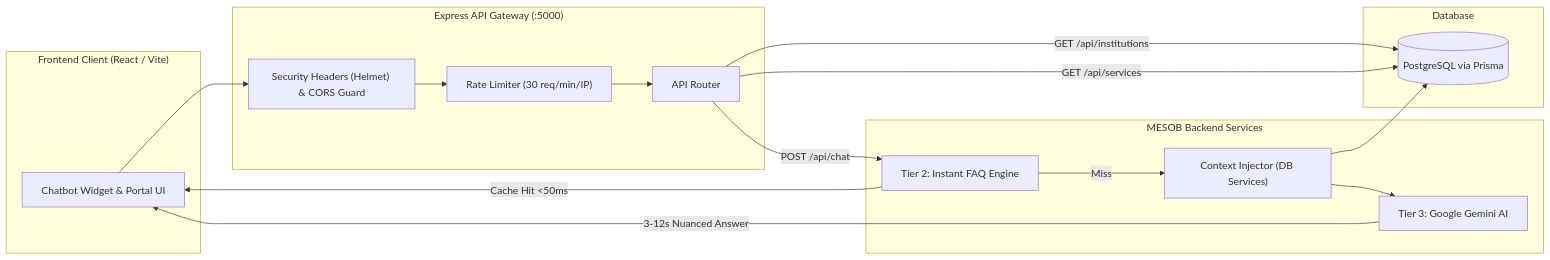
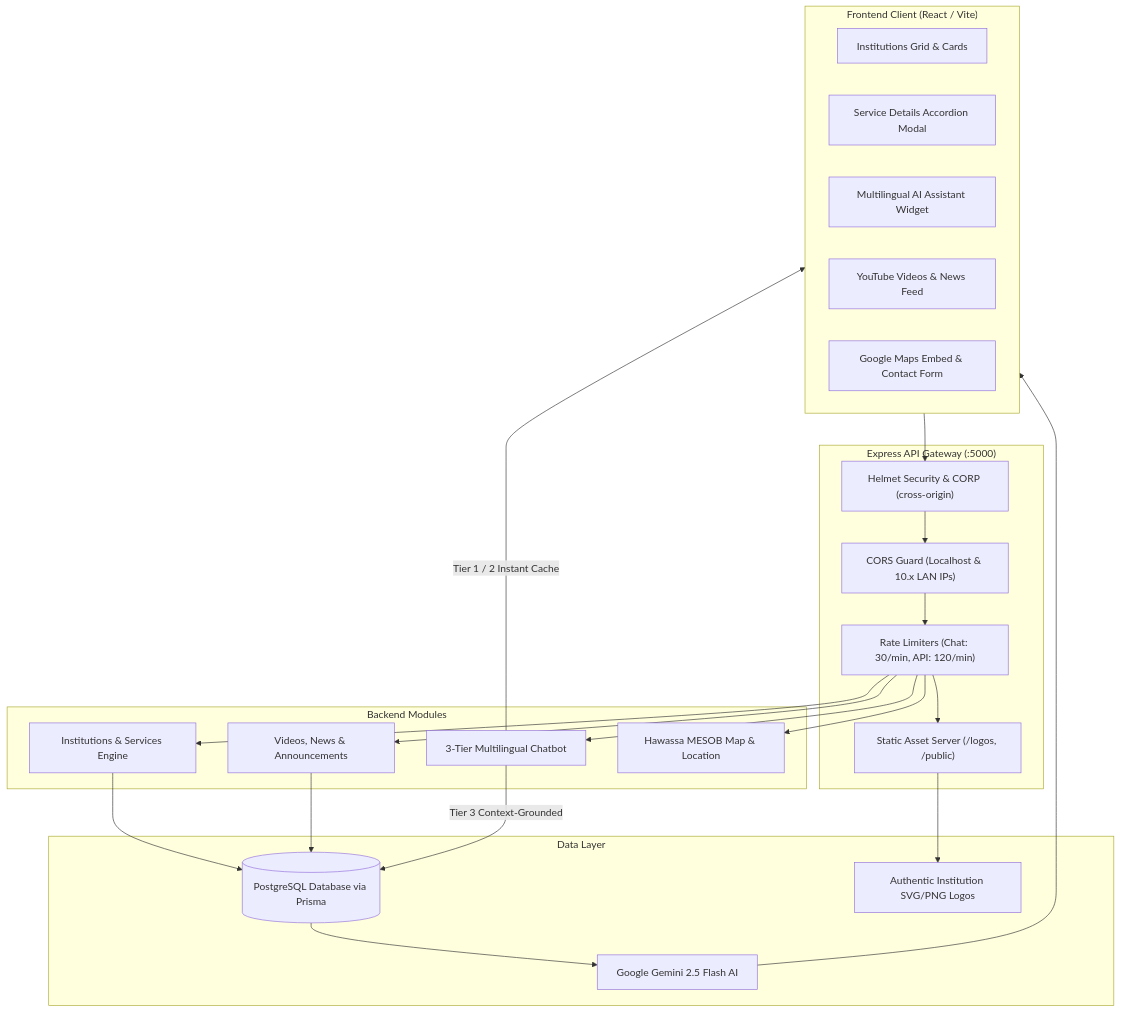
The diagram in README.md (GurmesaAyele/hawassa-mesob), drawn with Mermaid before and after one commit. The commit also changed other lines of this file and 1 other file, not shown here.

Commit message:
docs: rewrite root README with clean API documentation and client-side modal integration guide

````diff
--- a/README.md
+++ b/README.md
@@ -29,30 +29,40 @@
 ```mermaid
-graph LR
+graph TB
     subgraph Client ["Frontend Client (React / Vite)"]
-        UI["Chatbot Widget & Portal UI"]
+        Grid["Institutions Grid & Cards"]
+        Modal["Service Details Accordion Modal"]
+        Chat["Multilingual AI Assistant Widget"]
+        Media["YouTube Videos & News Feed"]
+        MapUI["Google Maps Embed & Contact Form"]
     end
 
     subgraph Gateway ["Express API Gateway (:5000)"]
-        Sec["Security Headers (Helmet) & CORS Guard"]
-        Rate["Rate Limiter (30 req/min/IP)"]
-        Router["API Router"]
+        Helmet["Helmet Security & CORP (cross-origin)"]
+        CORS["CORS Guard (Localhost & 10.x LAN IPs)"]
+        RateLimit["Rate Limiters (Chat: 30/min, API: 120/min)"]
+        Static["Static Asset Server (/logos, /public)"]
     end
 
-    subgraph DataEngine ["MESOB Backend Services"]
-        FAQ["Tier 2: Instant FAQ Engine"]
-        Context["Context Injector (DB Services)"]
-        Gemini["Tier 3: Google Gemini AI"]
+    subgraph Controllers ["Backend Modules"]
+        InstCtrl["Institutions & Services Engine"]
+        ChatCtrl["3-Tier Multilingual Chatbot"]
+        MediaCtrl["Videos, News & Announcements"]
+        MapCtrl["Hawassa MESOB Map & Location"]
     end
 
-    subgraph Storage ["Database"]
-        PG[("PostgreSQL via Prisma")]
+    subgraph Storage ["Data Layer"]
+        PG[("PostgreSQL Database via Prisma")]
+        Gemini["Google Gemini 2.5 Flash AI"]
+        Logos["Authentic Institution SVG/PNG Logos"]
     end
 
-    UI --> Sec --> Rate --> Router
-    Router -->|GET /api/institutions| PG
-    Router -->|GET /api/services| PG
-    Router -->|POST /api/chat| FAQ
-    FAQ -->|Cache Hit <50ms| UI
-    FAQ -->|Miss| Context --> PG
-    Context --> Gemini -->|3-12s Nuanced Answer| UI
+    Client --> Helmet --> CORS --> RateLimit
+    RateLimit --> Static --> Logos
+    RateLimit --> InstCtrl --> PG
+    RateLimit --> MediaCtrl --> PG
+    RateLimit --> MapCtrl
+    RateLimit --> ChatCtrl
+    ChatCtrl -->|Tier 1 / 2 Instant Cache| Client
+    ChatCtrl -->|Tier 3 Context-Grounded| PG
+    PG --> Gemini --> Client
 ```
````
